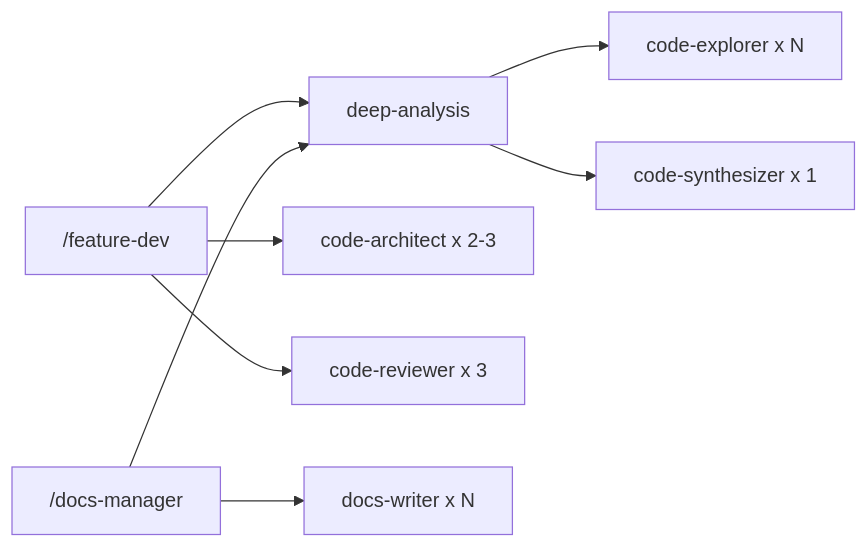
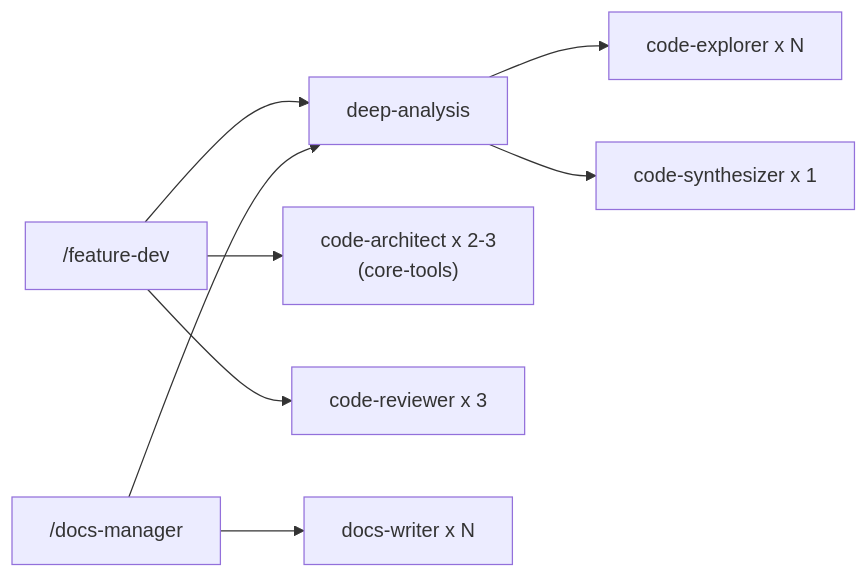
Before and after one commit to sequenzia/agent-alchemy: the diagram in docs/plugins/dev-tools.md, drawn with Mermaid. The commit also changed other lines of this file and 13 other files, not shown here.

First line of the commit message:
refactor(plugins): move code-architect agent from dev-tools to core-tools

````diff
--- a/docs/plugins/dev-tools.md
+++ b/docs/plugins/dev-tools.md
@@ -78,10 +79,10 @@
 ```mermaid
 graph LR
     FD["/feature-dev"] --> DA["deep-analysis"]
     DA --> CE["code-explorer x N"]
     DA --> CS["code-synthesizer x 1"]
-    FD --> CA["code-architect x 2-3"]
+    FD --> CA["code-architect x 2-3<br/>(core-tools)"]
     FD --> CR["code-reviewer x 3"]
     DM["/docs-manager"] --> DA
     DM --> DW["docs-writer x N"]
 ```
````
